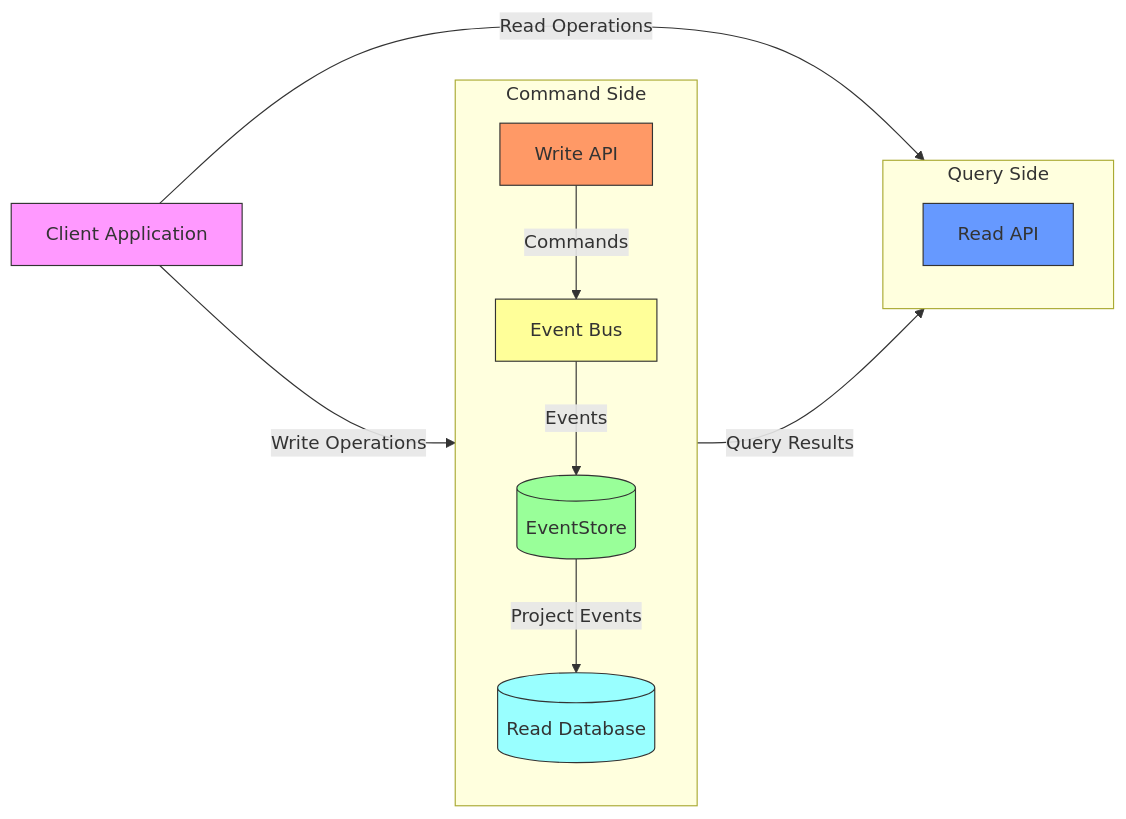
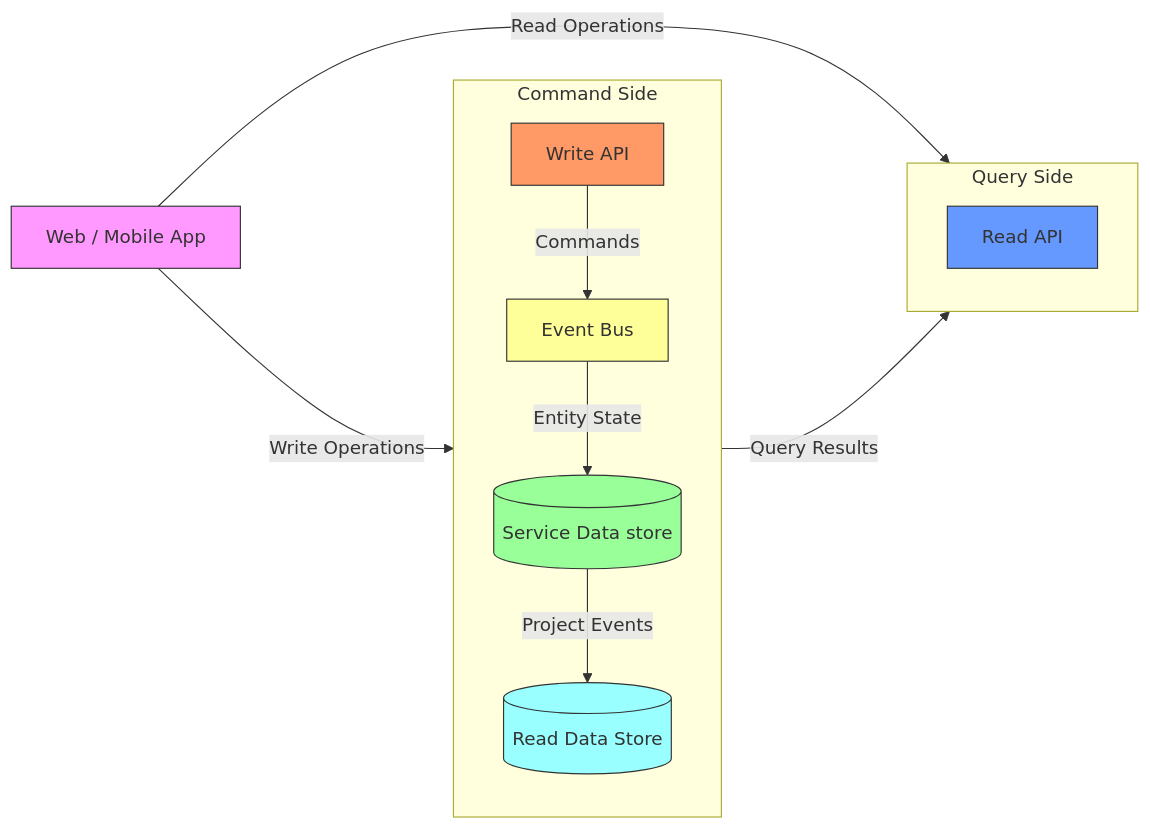
Before and after one commit to staruser143/Technology-Talks: the diagram in diagram/Event Sourcing Flow.md, drawn with Mermaid.

Commit message:
Update Event Sourcing Flow.md

````diff
--- a/diagram/Event Sourcing Flow.md
+++ b/diagram/Event Sourcing Flow.md
@@ -1,31 +1,31 @@
 ```mermaid
 flowchart LR
-    Client[Client Application]
+    Client[Web / Mobile App]
     API[Write API]
     Kafka[Event Bus]
-    MongoDB[(EventStore)]
-    ReadDB[(Read Database)]
+    MongoDB[(Service Data store)]
+    ReadDB[(Read Data Store)]
     
     subgraph Command Side
         direction TB
         API --> |Commands| Kafka
-        Kafka --> |Events| MongoDB
+        Kafka --> |Entity State| MongoDB
         MongoDB --> |Project Events| ReadDB
     end
     
     subgraph Query Side
         direction TB
         ReadAPI[Read API]
         ReadDB --> |Query Results| ReadAPI
     end
     
     Client --> |Write Operations| API
     Client --> |Read Operations| ReadAPI
 
     style Client fill:#f9f,stroke:#333
     style Kafka fill:#ff9,stroke:#333
     style MongoDB fill:#9f9,stroke:#333
     style ReadDB fill:#9ff,stroke:#333
     style API fill:#f96,stroke:#333
     style ReadAPI fill:#69f,stroke:#333
 ```
````
